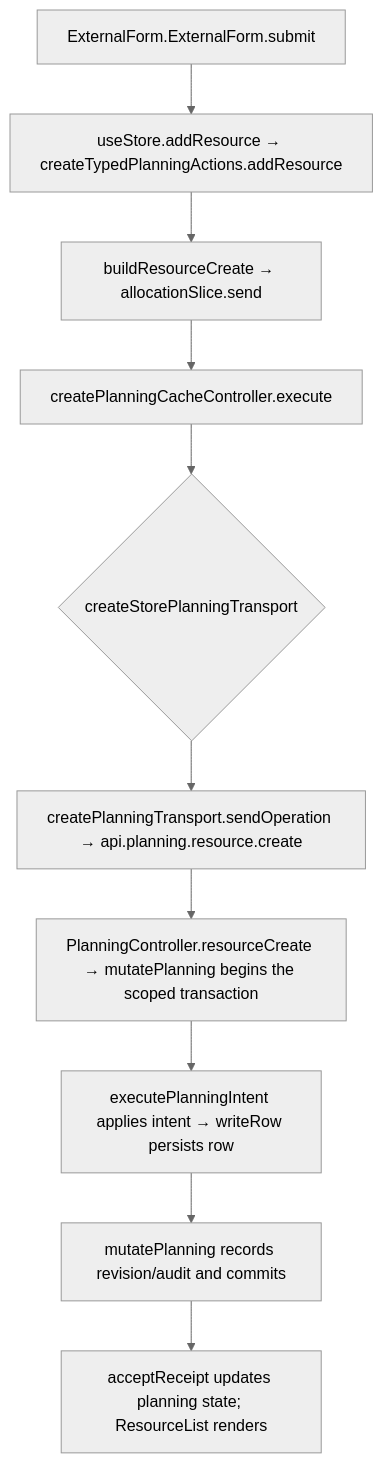
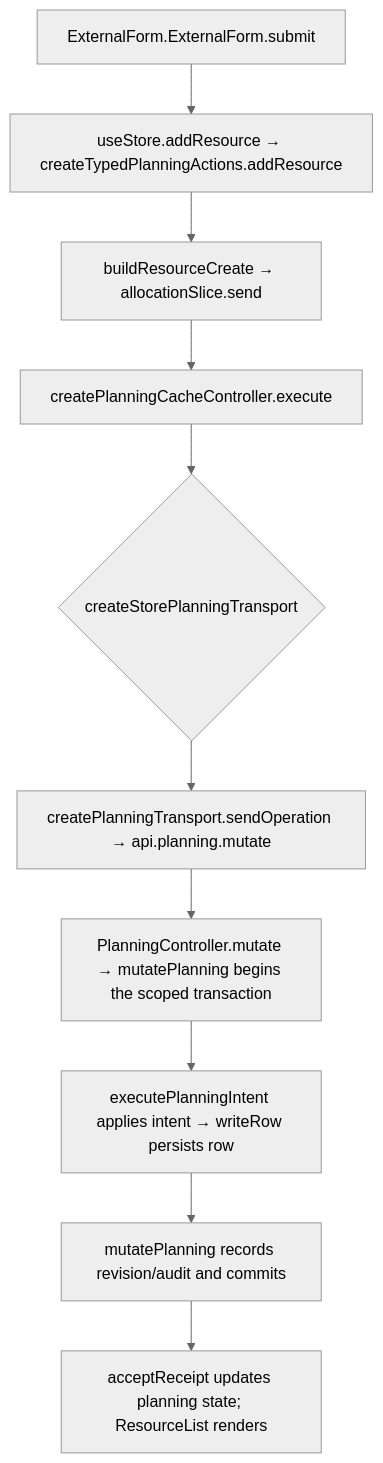
One commit to Kevinjohn/capacitylens changed the second of 2 diagrams in user-stories/resources/US-RES-12-add-external-party.md. Above: the diagram before and after it, drawn with Mermaid (neutral theme). The commit also changed 115 other files, not shown here.

````diff
--- a/user-stories/resources/US-RES-12-add-external-party.md
+++ b/user-stories/resources/US-RES-12-add-external-party.md
@@ -34,8 +34,8 @@
 ```mermaid
 flowchart TD
   A["ExternalForm.ExternalForm.submit"] --> B["useStore.addResource → createTypedPlanningActions.addResource"]
   B --> C["buildResourceCreate → allocationSlice.send"]
   C --> D["createPlanningCacheController.execute"] --> E{"createStorePlanningTransport"}
-  E --> F["createPlanningTransport.sendOperation → api.planning.resource.create"] --> G["PlanningController.resourceCreate → mutatePlanning begins the scoped transaction"]
+  E --> F["createPlanningTransport.sendOperation → api.planning.mutate"] --> G["PlanningController.mutate → mutatePlanning begins the scoped transaction"]
   G --> H["executePlanningIntent applies intent → writeRow persists row"] --> K["mutatePlanning records revision/audit and commits"] --> J["acceptReceipt updates planning state; ResourceList renders"]
 ```
````
